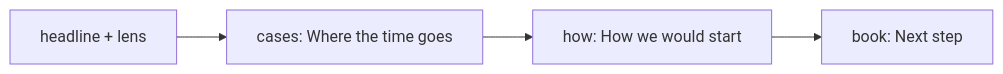
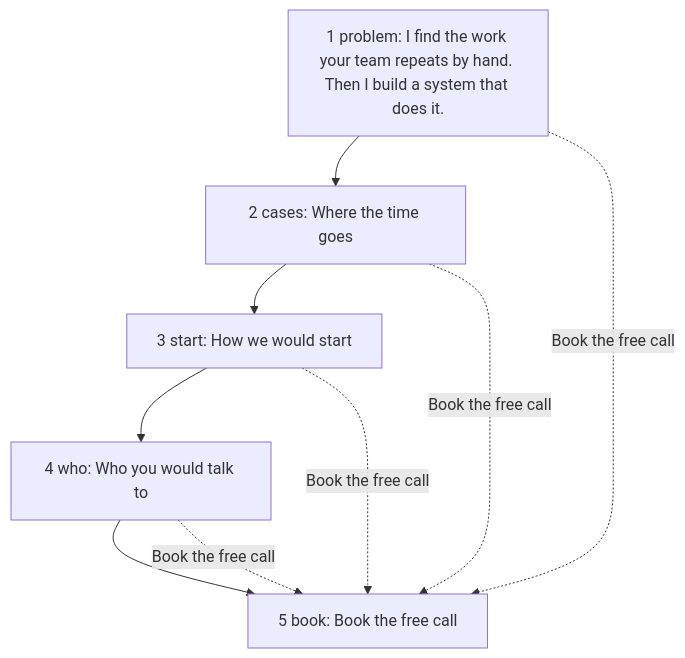
Before and after one commit to Rwb3n/rwb3n.github.io: the diagram in _model/current/process.md, drawn with Mermaid. The commit also changed other lines of this file and 135 other files, not shown here.

````diff
--- a/_model/current/process.md
+++ b/_model/current/process.md
@@ -7,9 +8,16 @@
 ```mermaid
-flowchart LR
-  H["headline + lens"] --> L0
-  L0["cases: Where the time goes"]
-  L1["how: How we would start"]
-  L2["book: Next step"]
-  L0 --> L1
-  L1 --> L2
+flowchart TD
+  S0["1 problem: I find the work your team repeats by hand. Then I build a system that does it."]
+  S1["2 cases: Where the time goes"]
+  S2["3 start: How we would start"]
+  S3["4 who: Who you would talk to"]
+  S4["5 book: Book the free call"]
+  S0 --> S1
+  S1 --> S2
+  S2 --> S3
+  S3 --> S4
+  S0 -. "Book the free call" .-> S4
+  S1 -. "Book the free call" .-> S4
+  S2 -. "Book the free call" .-> S4
+  S3 -. "Book the free call" .-> S4
 ```
````
